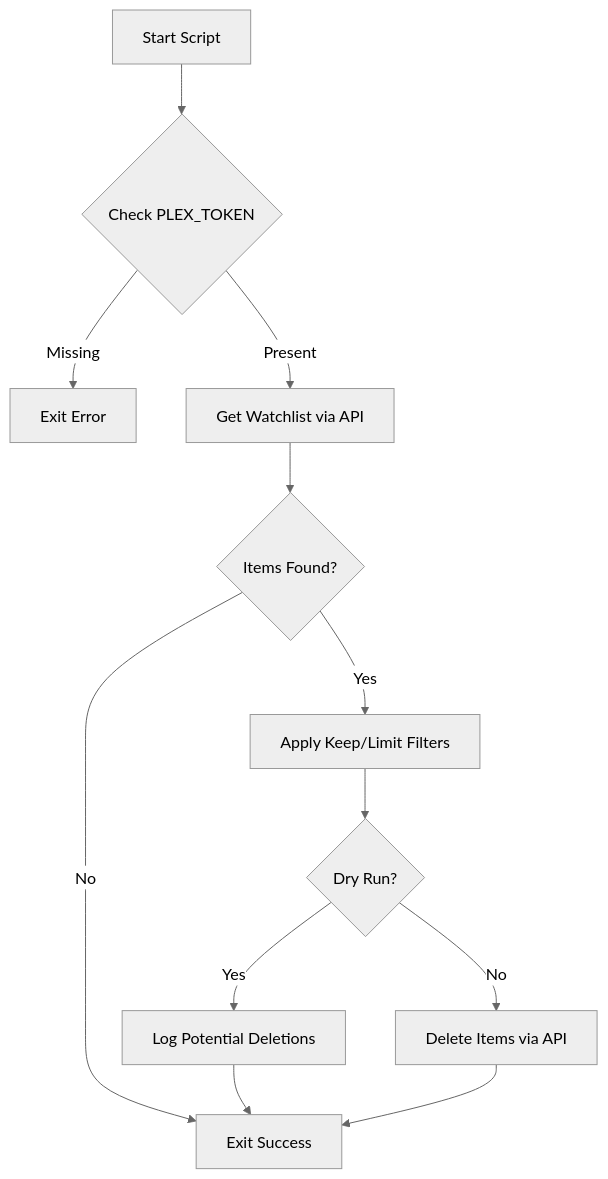
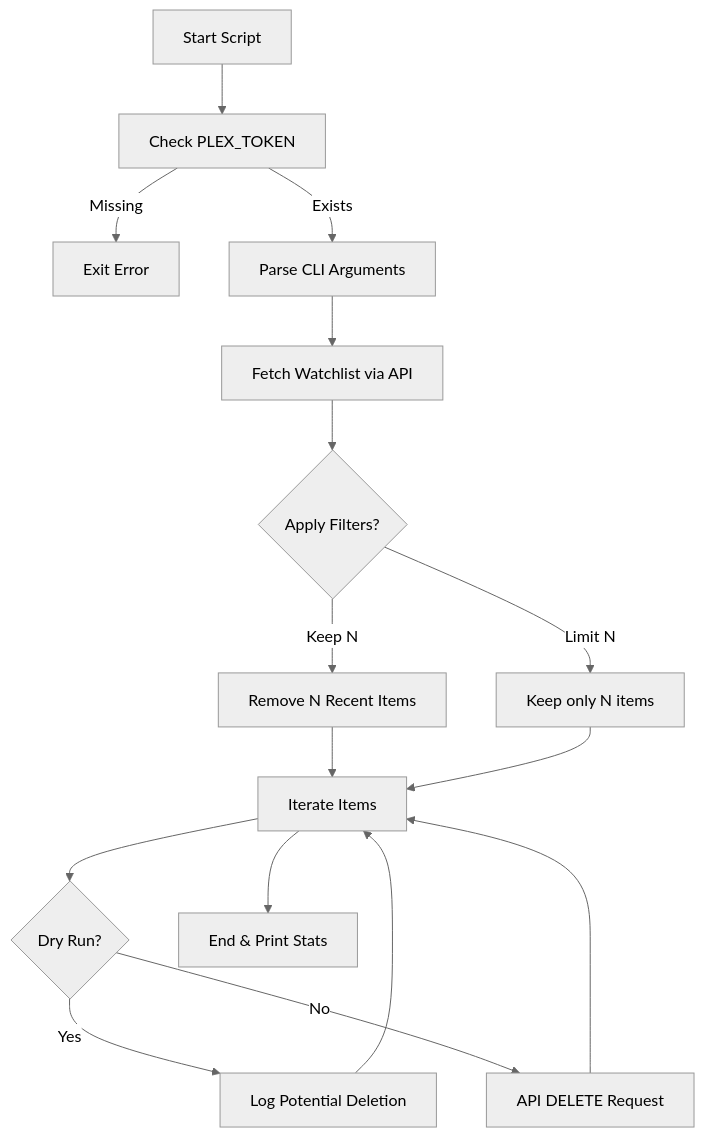
One commit to Avkroken/Docker-idempotent-update changed the first of 2 diagrams in .cubic/wiki/01-sec-overview/01-page-home.md. Above: the diagram before and after it, drawn with Mermaid (neutral theme). The commit also changed other lines of this file and 42 other files, not shown here.

````diff
--- a/.cubic/wiki/01-sec-overview/01-page-home.md
+++ b/.cubic/wiki/01-sec-overview/01-page-home.md
@@ -37,14 +34,18 @@
 ```mermaid
 flowchart TD
-    Start[Start Script] --> Auth{Check PLEX_TOKEN}
-    Auth -- Missing --> Fail[Exit Error]
-    Auth -- Present --> Fetch[Get Watchlist via API]
-    Fetch --> Data{Items Found?}
-    Data -- No --> End[Exit Success]
-    Data -- Yes --> Filter[Apply Keep/Limit Filters]
-    Filter --> Mode{Dry Run?}
-    Mode -- Yes --> Print[Log Potential Deletions]
-    Mode -- No --> Delete[Delete Items via API]
-    Print --> End
-    Delete --> End
+    Start[Start Script] --> CheckEnv[Check PLEX_TOKEN]
+    CheckEnv -->|Missing| Exit[Exit Error]
+    CheckEnv -->|Exists| Args[Parse CLI Arguments]
+    Args --> Fetch[Fetch Watchlist via API]
+    Fetch --> Filter{Apply Filters?}
+    Filter -->|Keep N| SliceKeep[Remove N Recent Items]
+    Filter -->|Limit N| SliceLimit[Keep only N items]
+    SliceKeep --> Loop[Iterate Items]
+    SliceLimit --> Loop
+    Loop --> Dry{Dry Run?}
+    Dry -->|Yes| Log[Log Potential Deletion]
+    Dry -->|No| Delete[API DELETE Request]
+    Delete --> Loop
+    Log --> Loop
+    Loop --> Done[End & Print Stats]
 ```
````
